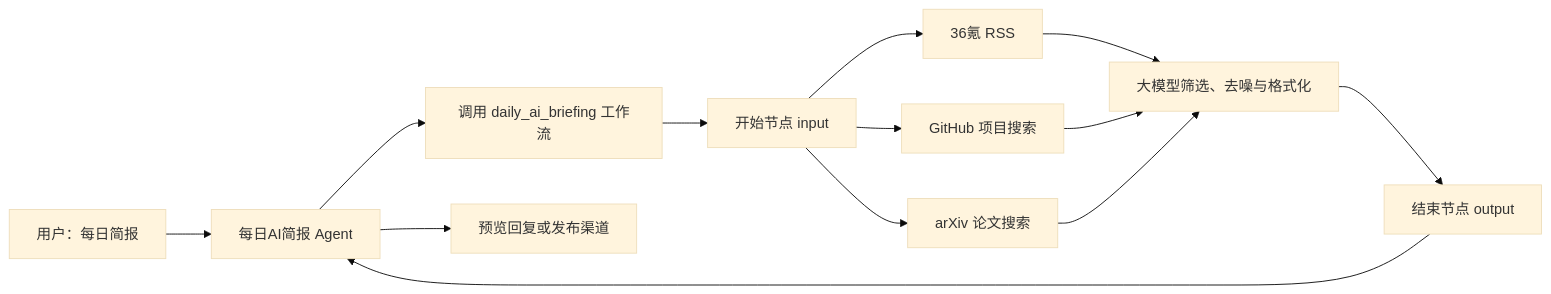
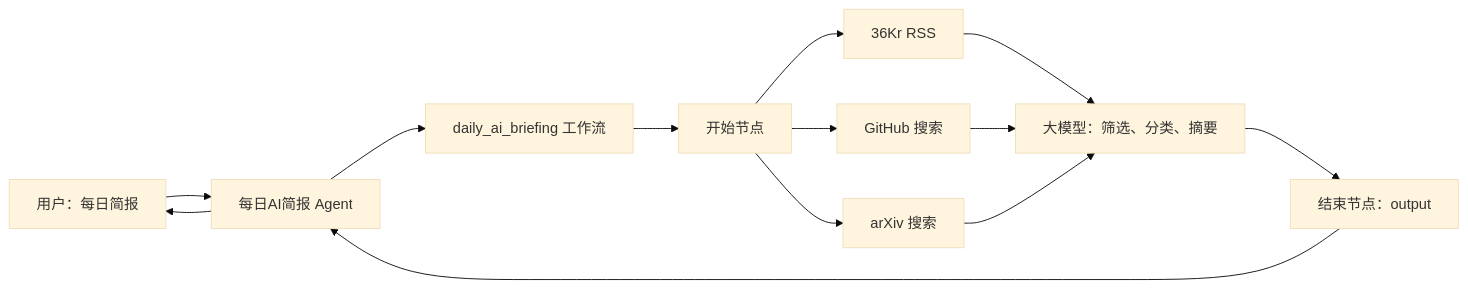
One commit to Garden12138/notes changed the diagram in ai/book_note/Hello-Agents/Agent Construction Based on Low-Code Platforms.md. Above: the diagram before and after it, drawn with Mermaid (base theme). The commit also changed other lines of this file, not shown here.

````diff
--- a/ai/book_note/Hello-Agents/Agent Construction Based on Low-Code Platforms.md
+++ b/ai/book_note/Hello-Agents/Agent Construction Based on Low-Code Platforms.md
@@ -92,15 +44,15 @@
 ```mermaid
 flowchart LR
     U["用户：每日简报"] --> A["每日AI简报 Agent"]
-    A --> W["调用 daily_ai_briefing 工作流"]
-    W --> S["开始节点 input"]
-    S --> R["36氪 RSS"]
-    S --> G["GitHub 项目搜索"]
-    S --> X["arXiv 论文搜索"]
-    R --> L["大模型筛选、去噪与格式化"]
+    A --> W["daily_ai_briefing 工作流"]
+    W --> S["开始节点"]
+    S --> R["36Kr RSS"]
+    S --> G["GitHub 搜索"]
+    S --> X["arXiv 搜索"]
+    R --> L["大模型：筛选、分类、摘要"]
     G --> L
     X --> L
-    L --> E["结束节点 output"]
+    L --> E["结束节点：output"]
     E --> A
-    A --> P["预览回复或发布渠道"]
+    A --> U
 ```
````
